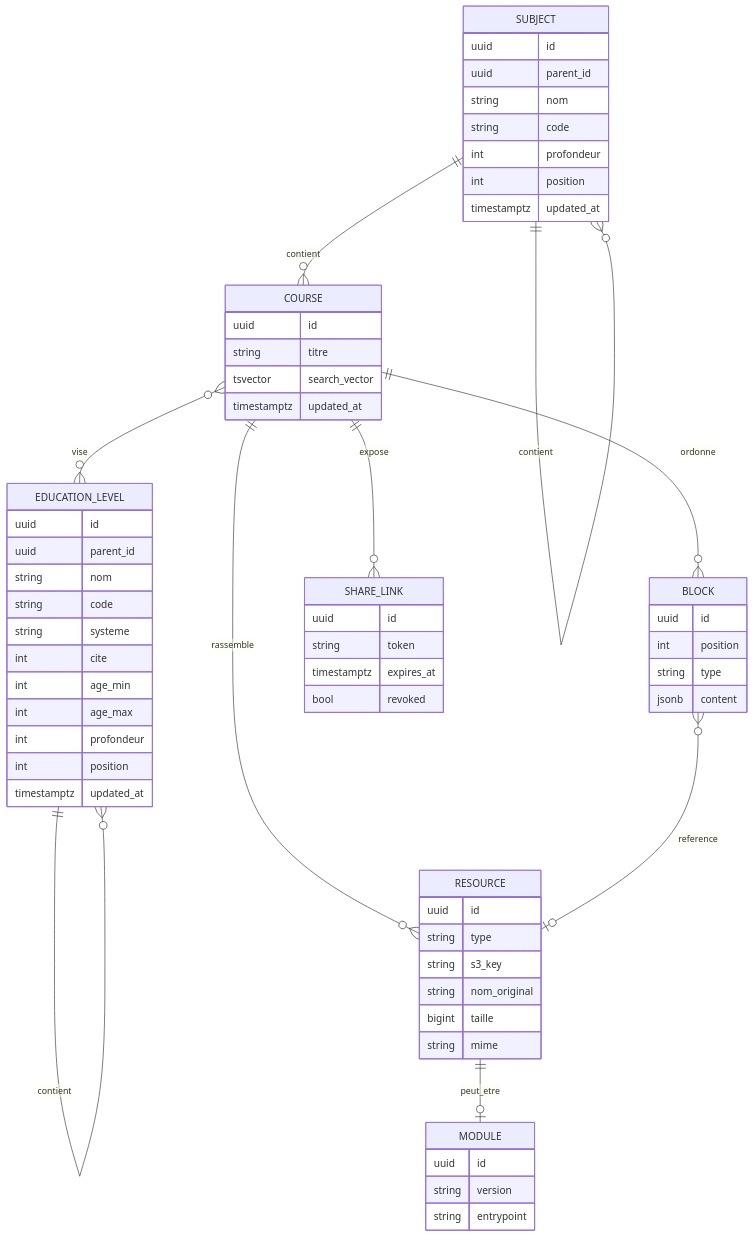
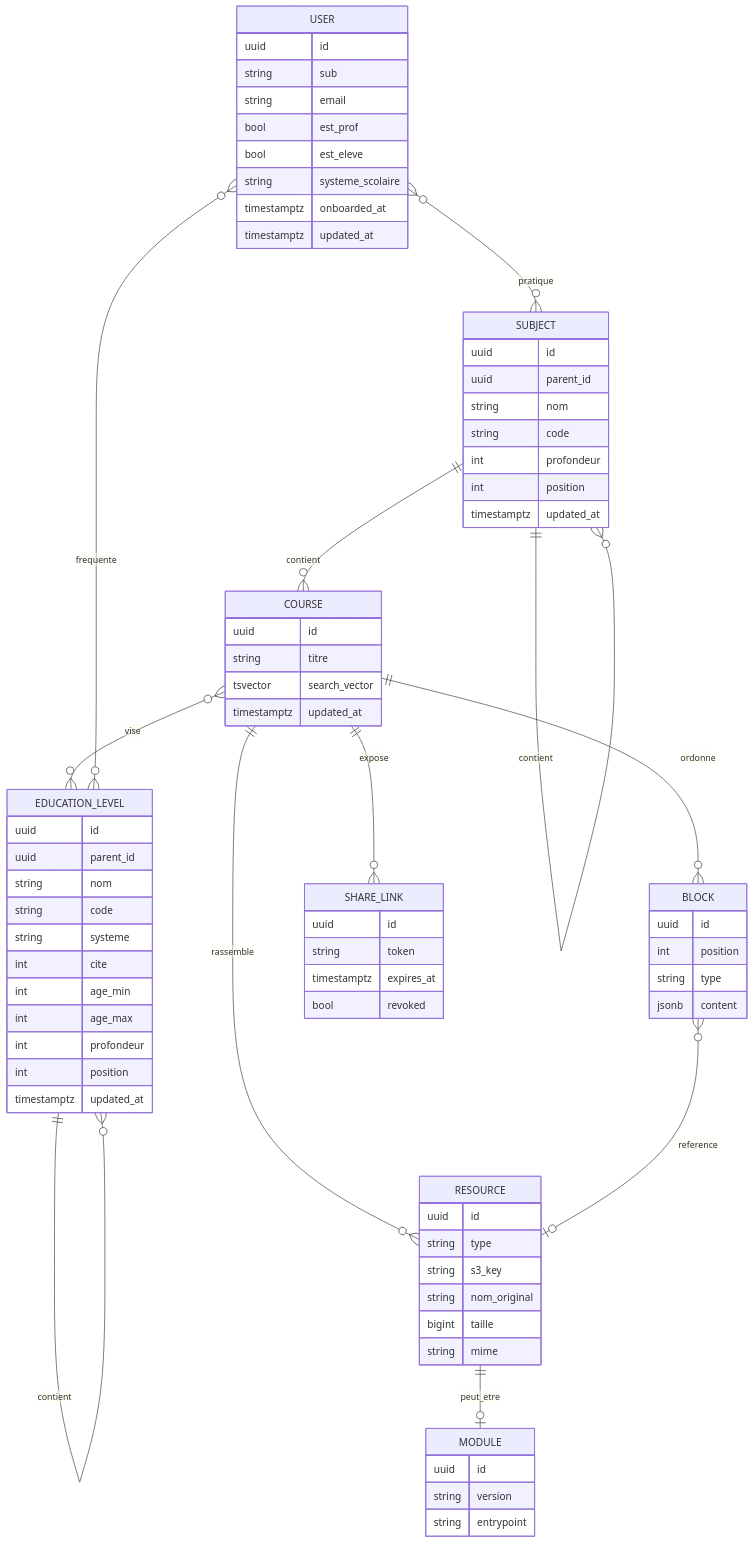
The second of 2 diagrams in Descriptions.md (flobatard/OpenCartableBack), drawn with Mermaid before and after one commit. The commit also changed other lines of this file and 10 other files, not shown here.

````diff
--- a/Descriptions.md
+++ b/Descriptions.md
@@ -157,66 +160,78 @@
 ```mermaid
 erDiagram
     SUBJECT ||--o{ SUBJECT : contient
     SUBJECT ||--o{ COURSE : contient
     EDUCATION_LEVEL ||--o{ EDUCATION_LEVEL : contient
     COURSE  }o--o{ EDUCATION_LEVEL : vise
+    USER    }o--o{ SUBJECT : pratique
+    USER    }o--o{ EDUCATION_LEVEL : frequente
     COURSE  ||--o{ BLOCK : ordonne
     COURSE  ||--o{ RESOURCE : rassemble
     BLOCK   }o--o| RESOURCE : reference
     COURSE  ||--o{ SHARE_LINK : expose
     RESOURCE ||--o| MODULE : peut_etre
 
+    USER {
+      uuid id
+      string sub
+      string email
+      bool est_prof
+      bool est_eleve
+      string systeme_scolaire
+      timestamptz onboarded_at
+      timestamptz updated_at
+    }
     SUBJECT {
       uuid id
       uuid parent_id
       string nom
       string code
       int profondeur
       int position
       timestamptz updated_at
     }
     EDUCATION_LEVEL {
       uuid id
       uuid parent_id
       string nom
       string code
       string systeme
       int cite
       int age_min
       int age_max
       int profondeur
       int position
       timestamptz updated_at
     }
     COURSE {
       uuid id
       string titre
       tsvector search_vector
       timestamptz updated_at
     }
     BLOCK {
       uuid id
       int position
       string type
       jsonb content
     }
     RESOURCE {
       uuid id
       string type
       string s3_key
       string nom_original
       bigint taille
       string mime
     }
     MODULE {
       uuid id
       string version
       string entrypoint
     }
     SHARE_LINK {
       uuid id
       string token
       timestamptz expires_at
       bool revoked
     }
 ```
````
